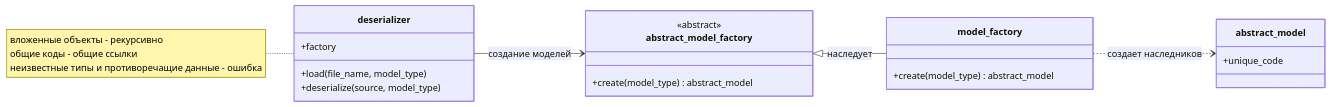
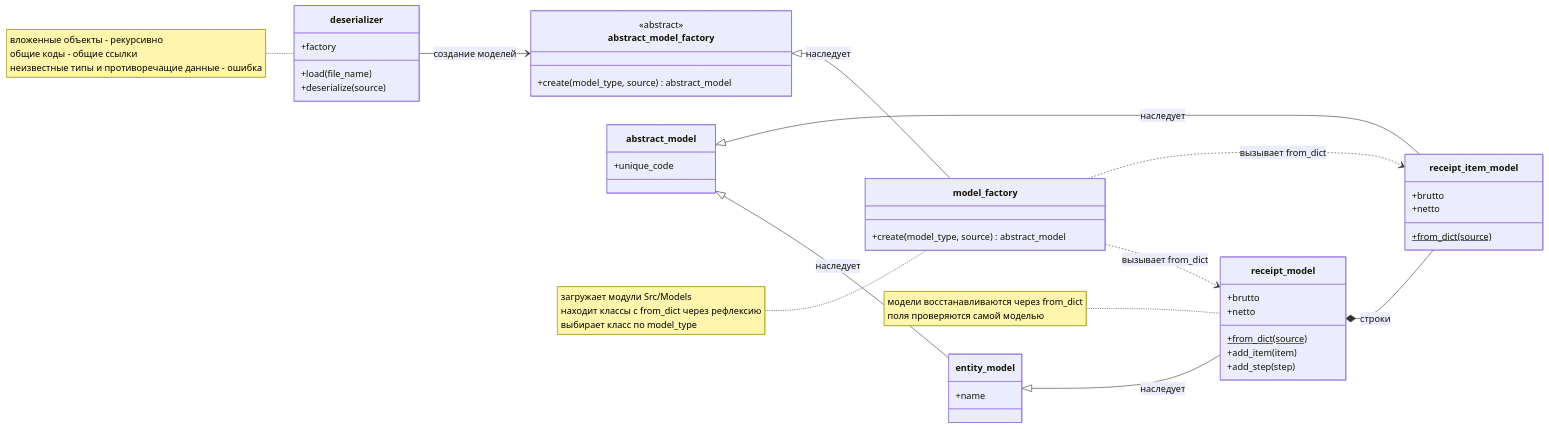
Before and after one commit to zenderio-dev/patterns_HW: the fifth of 5 diagrams in Docs/Uml.md, drawn with Mermaid. The commit also changed other lines of this file, not shown here.

````diff
--- a/Docs/Uml.md
+++ b/Docs/Uml.md
@@ -239,29 +247,54 @@
 ```mermaid
 classDiagram
     direction LR
 
     class abstract_model_factory {
         <<abstract>>
-        +create(model_type) abstract_model
+        +create(model_type, source) abstract_model
     }
 
     class model_factory {
-        +create(model_type) abstract_model
+        +create(model_type, source) abstract_model
     }
 
     class deserializer {
         +factory
-        +load(file_name, model_type)
-        +deserialize(source, model_type)
+        +load(file_name)
+        +deserialize(source)
     }
 
     class abstract_model {
         +unique_code
     }
 
+    class entity_model {
+        +name
+    }
+
+    class receipt_model {
+        +from_dict(source)$
+        +add_item(item)
+        +add_step(step)
+        +brutto
+        +netto
+    }
+
+    class receipt_item_model {
+        +from_dict(source)$
+        +brutto
+        +netto
+    }
+
     abstract_model_factory <|-- model_factory : наследует
     deserializer --> abstract_model_factory : создание моделей
-    model_factory ..> abstract_model : создает наследников
+    abstract_model <|-- entity_model : наследует
+    entity_model <|-- receipt_model : наследует
+    abstract_model <|-- receipt_item_model : наследует
+    model_factory ..> receipt_model : вызывает from_dict
+    model_factory ..> receipt_item_model : вызывает from_dict
+    receipt_model *-- receipt_item_model : строки
 
     note for deserializer "вложенные объекты - рекурсивно<br>общие коды - общие ссылки<br>неизвестные типы и противоречащие данные - ошибка"
+    note for model_factory "загружает модули Src/Models<br>находит классы с from_dict через рефлексию<br>выбирает класс по model_type"
+    note for receipt_model "модели восстанавливаются через from_dict<br>поля проверяются самой моделью"
 ```
````
